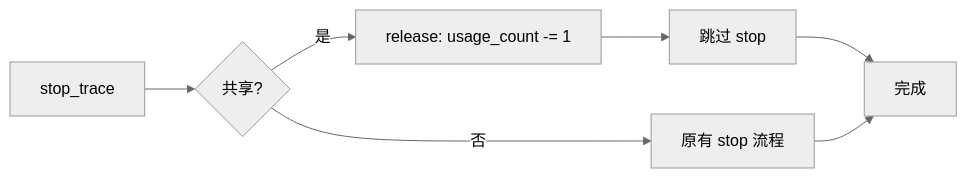
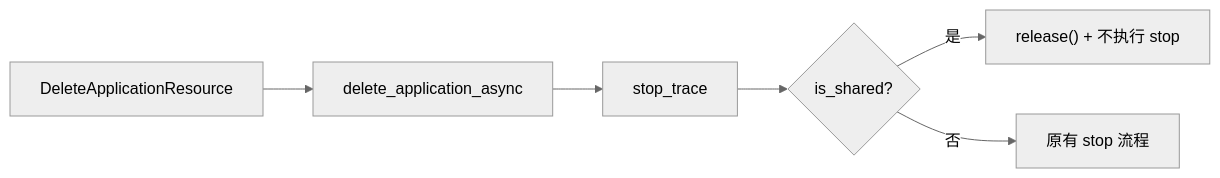
One commit to ZhuoZhuoCrayon/ai-workspace changed the ninth of 9 diagrams in knowledge/bkmonitor/issues/2026-03-03-apm-shared-datasource/PLAN.md. Above: the diagram before and after it, drawn with Mermaid (neutral theme). The commit also changed other lines of this file and 3 other files, not shown here.

````diff
--- a/knowledge/bkmonitor/issues/2026-03-03-apm-shared-datasource/PLAN.md
+++ b/knowledge/bkmonitor/issues/2026-03-03-apm-shared-datasource/PLAN.md
@@ -116,9 +304,8 @@
 ```mermaid
 flowchart LR
-    A[stop_trace] --> B{共享?}
-    B -->|是| C[release: usage_count -= 1]
-    C --> D[跳过 stop]
-    D --> E[完成]
-    B -->|否| F[原有 stop 流程]
-    F --> E
+    A[DeleteApplicationResource] --> B[delete_application_async]
+    B --> C[stop_trace]
+    C --> D{is_shared?}
+    D -->|是| E["release() + 不执行 stop"]
+    D -->|否| F[原有 stop 流程]
 ```
````
